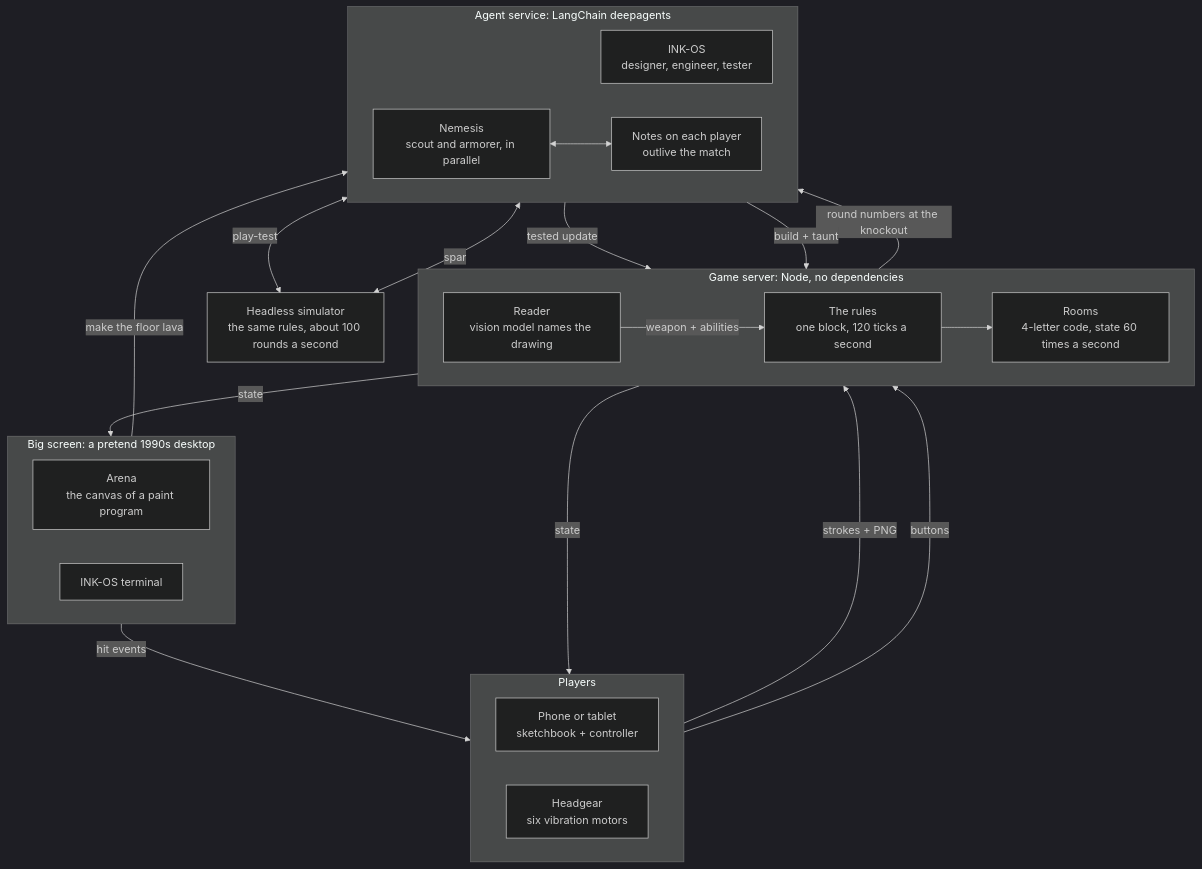
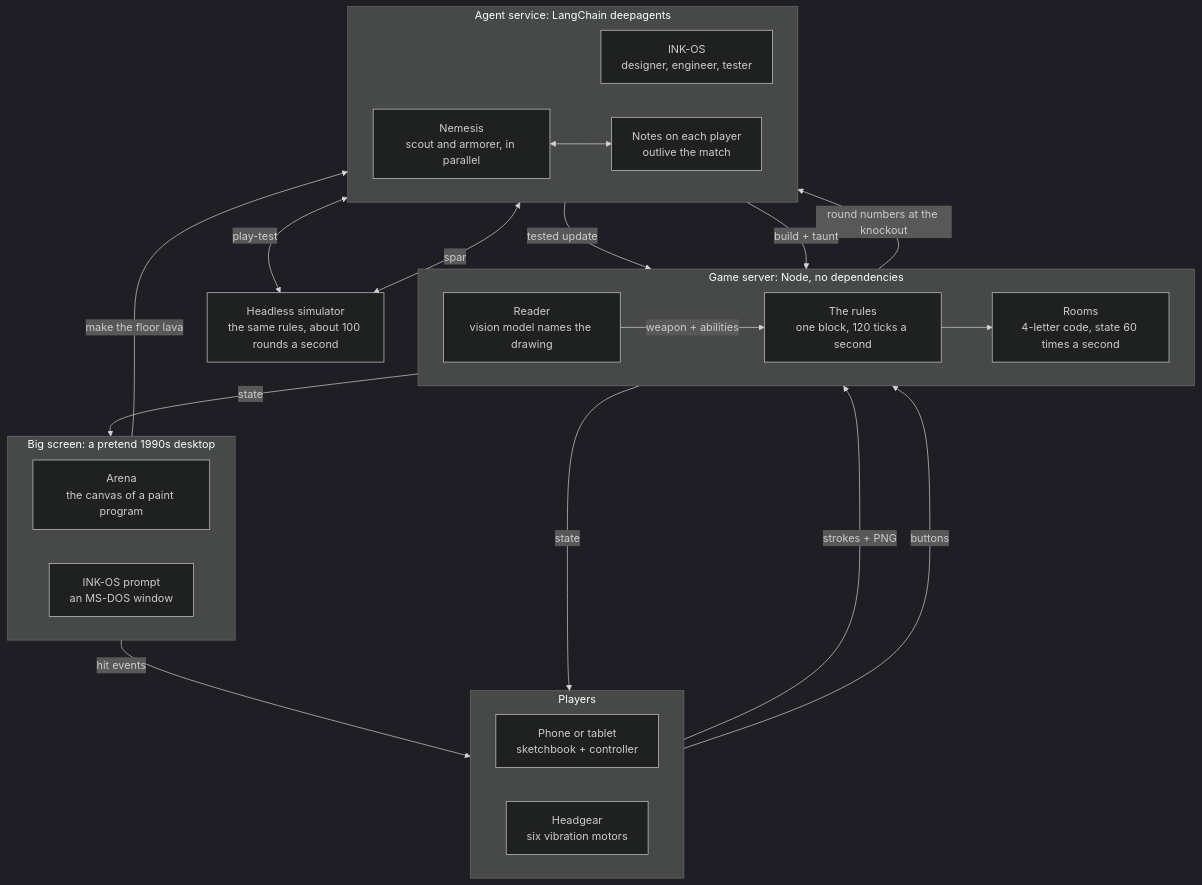
One commit to ThonyAnt/doodle-lane-battler changed the diagram in README.md. Above: the diagram before and after it, drawn with Mermaid (dark theme). The commit also changed other lines of this file and 9 other files, not shown here.

````diff
--- a/README.md
+++ b/README.md
@@ -82,45 +82,45 @@
 ```mermaid
 flowchart TB
   subgraph players ["Players"]
     direction LR
     phone["Phone or tablet<br/>sketchbook + controller"]
     head["Headgear<br/>six vibration motors"]
   end
 
   subgraph server ["Game server: Node, no dependencies"]
     direction LR
     reader["Reader<br/>vision model names the drawing"]
     rules["The rules<br/>one block, 120 ticks a second"]
     rooms["Rooms<br/>4-letter code, state 60 times a second"]
   end
 
   subgraph screen ["Big screen: a pretend 1990s desktop"]
     direction LR
     arena["Arena<br/>the canvas of a paint program"]
-    term["INK-OS terminal"]
+    term["INK-OS prompt<br/>an MS-DOS window"]
   end
 
   subgraph agents ["Agent service: LangChain deepagents"]
     direction LR
     inkos["INK-OS<br/>designer, engineer, tester"]
     nem["Nemesis<br/>scout and armorer, in parallel"]
     mem["Notes on each player<br/>outlive the match"]
   end
 
   sim["Headless simulator<br/>the same rules, about 100 rounds a second"]
 
   phone -->|"strokes + PNG"| reader
   phone -->|"buttons"| rules
   reader -->|"weapon + abilities"| rules
   rules --> rooms
   rooms -->|"state"| arena
   rooms -->|"state"| phone
   arena -->|"hit events"| head
   term -->|"make the floor lava"| inkos
   inkos -->|"tested update"| rules
   rules -->|"round numbers at the knockout"| nem
   nem -->|"build + taunt"| rules
   inkos <-->|"play-test"| sim
   nem <-->|"spar"| sim
   nem <--> mem
 ```
````
